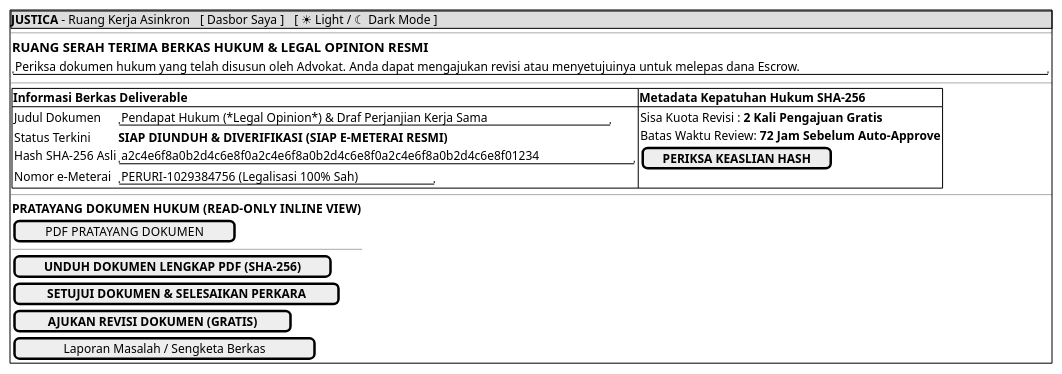
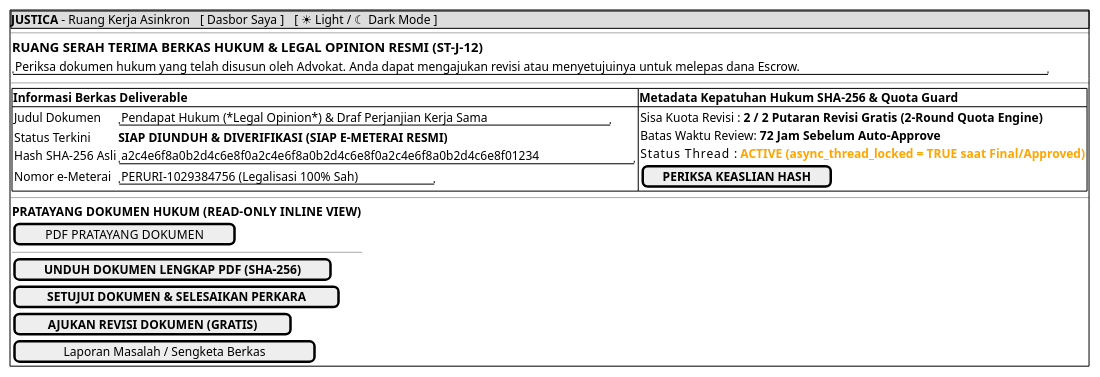
The diagram in JustifiqaMockups/mockup_ori/MOCK-J-CL-06_Ruang_Asinkron_Deliverable.md (tupperwureism/SuperApp-Gagal), drawn with PlantUML before and after one commit. The commit also changed other lines of this file and 13 other files, not shown here.

Commit message:
Execute Batch M-2: Synchronize Specialized Client & Public UI mockups with Dual QR Handshake, 2-Round Quota, Hard Thread Lock, Total Anonymization, and Use Case references

````diff
--- a/JustifiqaMockups/mockup_ori/MOCK-J-CL-06_Ruang_Asinkron_Deliverable.md
+++ b/JustifiqaMockups/mockup_ori/MOCK-J-CL-06_Ruang_Asinkron_Deliverable.md
@@ -17,38 +17,39 @@
 ```plantuml
 @startsalt
 {+
   {* <b>JUSTICA</b> - Ruang Kerja Asinkron | [ Dasbor Saya ] | [ ☀ Light / ☾ Dark Mode ] }
   --
   {
-    === RUANG SERAH TERIMA BERKAS HUKUM & LEGAL OPINION RESMI
+    === RUANG SERAH TERIMA BERKAS HUKUM & LEGAL OPINION RESMI (ST-J-12)
     "Periksa dokumen hukum yang telah disusun oleh Advokat. Anda dapat mengajukan revisi atau menyetujuinya untuk melepas dana Escrow."
   }
   --
   {
     {#
-      <b>Informasi Berkas Deliverable</b> | <b>Metadata Kepatuhan Hukum SHA-256</b>
+      <b>Informasi Berkas Deliverable</b> | <b>Metadata Kepatuhan Hukum SHA-256 & Quota Guard</b>
       {
         Judul Dokumen     | "Pendapat Hukum (*Legal Opinion*) & Draf Perjanjian Kerja Sama"
         Status Terkini    | <b>SIAP DIUNDUH & DIVERIFIKASI (SIAP E-METERAI RESMI)</b>
         Hash SHA-256 Asli | "a2c4e6f8a0b2d4c6e8f0a2c4e6f8a0b2d4c6e8f0a2c4e6f8a0b2d4c6e8f01234"
         Nomor e-Meterai   | "PERURI-1029384756 (Legalisasi 100% Sah)"
       } | {
-        Sisa Kuota Revisi : <b>2 Kali Pengajuan Gratis</b>
+        Sisa Kuota Revisi : <b>2 / 2 Putaran Revisi Gratis (2-Round Quota Engine)</b>
         Batas Waktu Review: <b>72 Jam Sebelum Auto-Approve</b>
+        Status Thread     : <color:orange><b>ACTIVE (async_thread_locked = TRUE saat Final/Approved)</b></color>
         [ <b>PERIKSA KEASLIAN HASH</b> ]
       }
     }
   }
   --
   {
     <b>PRATAYANG DOKUMEN HUKUM (READ-ONLY INLINE VIEW)</b>
     [   PDF PRATAYANG DOKUMEN   ]
     --
     [  <b>UNDUH DOKUMEN LENGKAP PDF (SHA-256)</b>  ]
     [  <b>SETUJUI DOKUMEN & SELESAIKAN PERKARA</b>  ]
     [  <b>AJUKAN REVISI DOKUMEN (GRATIS)</b>  ]
     [  Laporan Masalah / Sengketa Berkas  ]
   }
 }
 @endsalt
 ```
````
